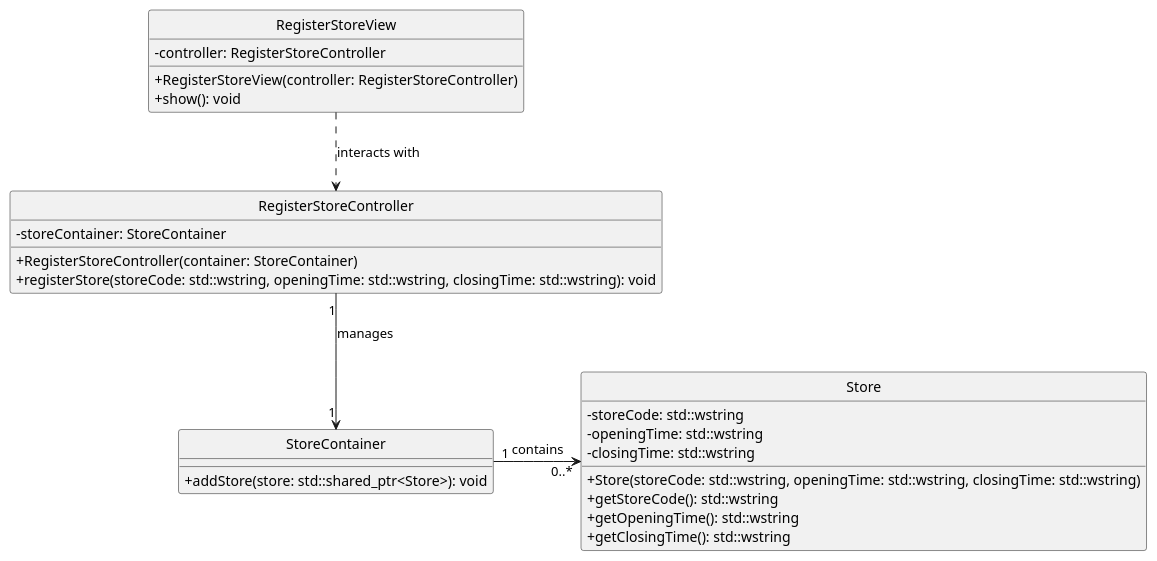
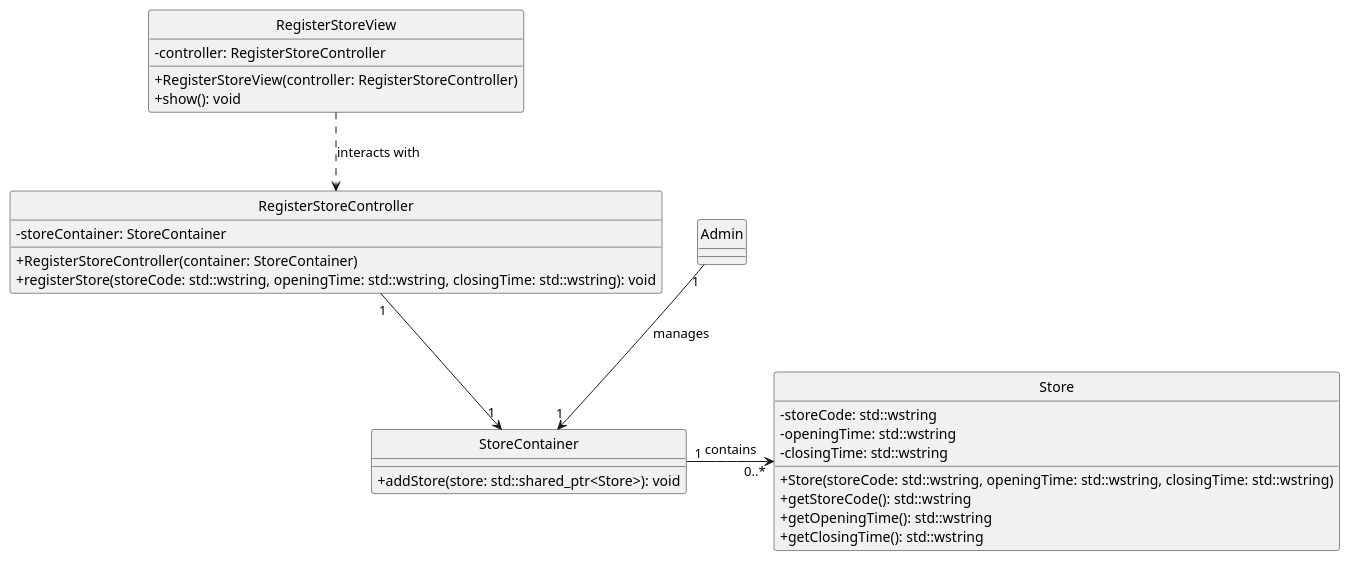
Before and after one commit to goncalomaia18/leti-esoft-24-25-A2: the diagram in docs/Sprint2/US10/US10-CD.puml, drawn with PlantUML.

Commit message:
sprint 2- end

```diff
--- a/docs/Sprint2/US10/US10-CD.puml
+++ b/docs/Sprint2/US10/US10-CD.puml
@@ -1,37 +1,40 @@
 @startuml
 'https://plantuml.com/class-diagram
 
 hide circle
 skinparam classAttributeIconSize 0
 
 class Store {
     - storeCode: std::wstring
     - openingTime: std::wstring
     - closingTime: std::wstring
     + Store(storeCode: std::wstring, openingTime: std::wstring, closingTime: std::wstring)
     + getStoreCode(): std::wstring
     + getOpeningTime(): std::wstring
     + getClosingTime(): std::wstring
 }
 
 class StoreContainer {
     + addStore(store: std::shared_ptr<Store>): void
 }
 
 class RegisterStoreController {
     - storeContainer: StoreContainer
     + RegisterStoreController(container: StoreContainer)
     + registerStore(storeCode: std::wstring, openingTime: std::wstring, closingTime: std::wstring): void
 }
 
 class RegisterStoreView {
     - controller: RegisterStoreController
     + RegisterStoreView(controller: RegisterStoreController)
     + show(): void
 }
+class Admin {
+
+}
 
 StoreContainer "1" -right-> "0..*" Store: contains
-RegisterStoreController "1" --> "1" StoreContainer: manages
+RegisterStoreController "1" --> "1" StoreContainer
 RegisterStoreView ..> RegisterStoreController: interacts with
-
+Admin "1" --> "1" StoreContainer: manages
 @enduml
```
